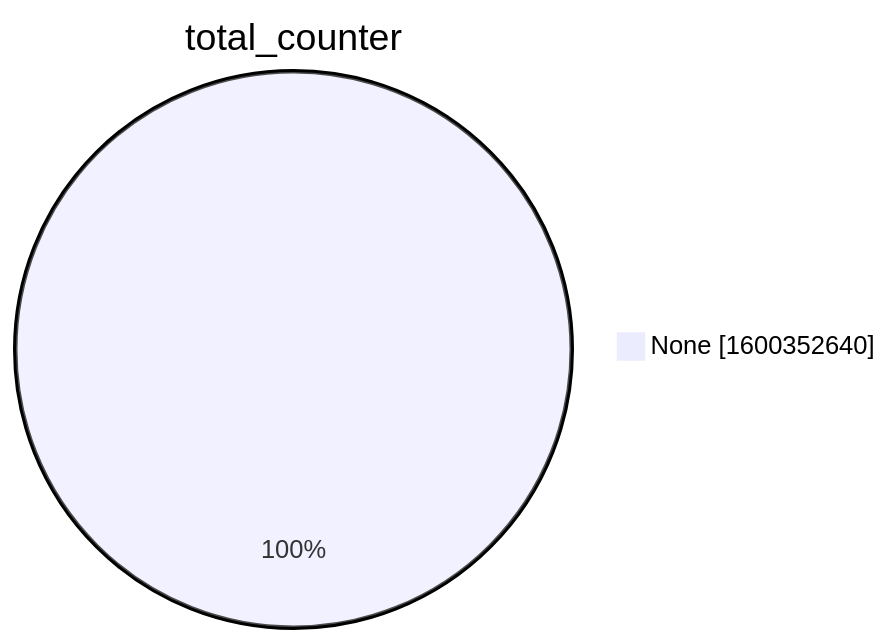
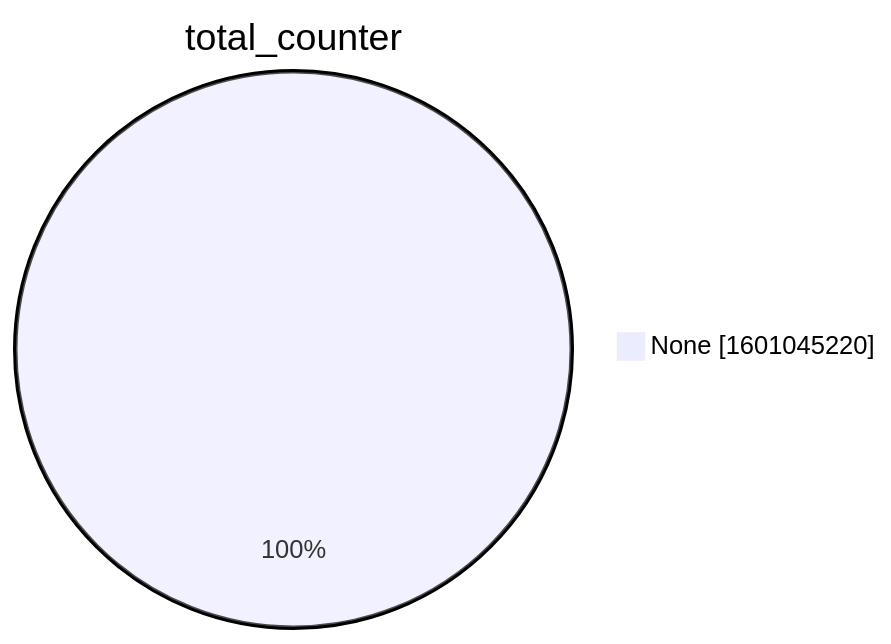
One commit to christiankrug/ctmonitor_visualization changed the second of 15 diagrams in xenon2022/README.md. Above: the diagram before and after it, drawn with Mermaid. The commit also changed other lines of this file, not shown here.

````diff
--- a/xenon2022/README.md
+++ b/xenon2022/README.md
@@ -9,5 +9,5 @@
 ```mermaid
 pie showData
 title total_counter
-"None" :1600352640
+"None" :1601045220
 ```
````
